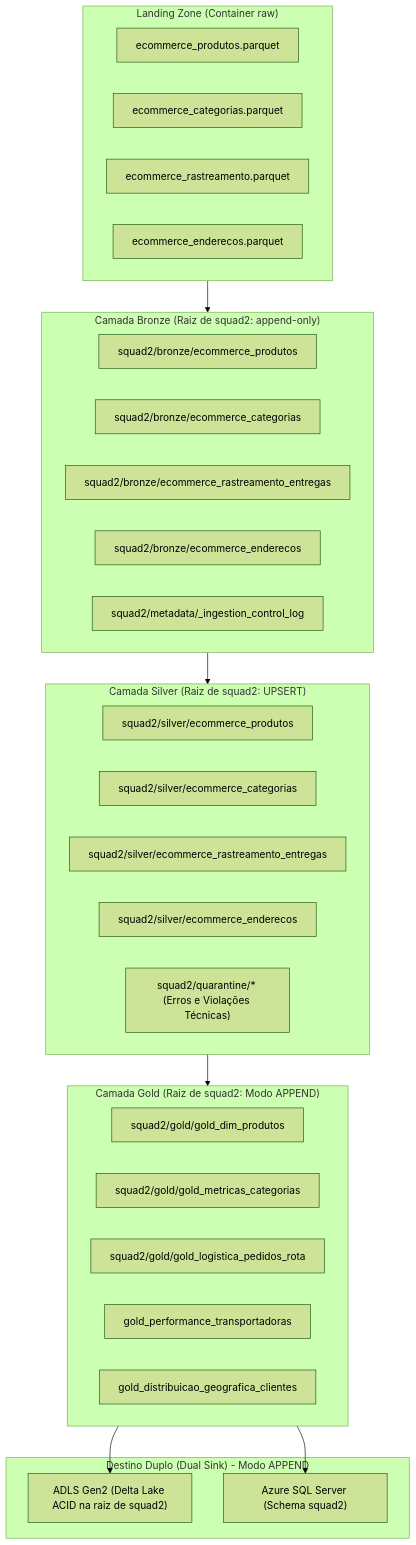
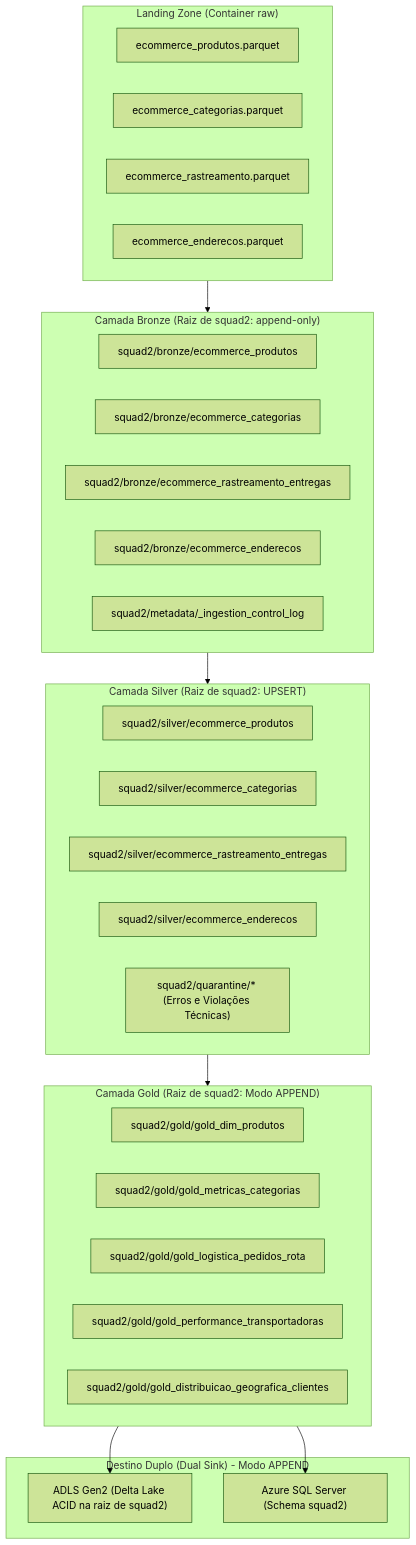
One commit to GeovanyADCancio/estagio-empregadados-turma-2 changed the first of 2 diagrams in squad2/README.md. Above: the diagram before and after it, drawn with Mermaid (forest theme). The commit also changed other lines of this file and 1 other file, not shown here.

Commit message:
docs(squad2): atualizar READMEs com diagrama e resumo executivo da Esteira Medallion

````diff
--- a/squad2/README.md
+++ b/squad2/README.md
@@ -33,44 +33,44 @@
 ```mermaid
 flowchart TD
     subgraph RAW ["Landing Zone (Container raw)"]
         R1["ecommerce_produtos.parquet"]
         R2["ecommerce_categorias.parquet"]
         R3["ecommerce_rastreamento.parquet"]
         R4["ecommerce_enderecos.parquet"]
     end
 
     subgraph BRONZE ["Camada Bronze (Raiz de squad2: append-only)"]
         B1["squad2/bronze/ecommerce_produtos"]
         B2["squad2/bronze/ecommerce_categorias"]
         B3["squad2/bronze/ecommerce_rastreamento_entregas"]
         B4["squad2/bronze/ecommerce_enderecos"]
         B_CTRL["squad2/metadata/_ingestion_control_log"]
     end
 
     subgraph SILVER ["Camada Silver (Raiz de squad2: UPSERT)"]
         S1["squad2/silver/ecommerce_produtos"]
         S2["squad2/silver/ecommerce_categorias"]
         S3["squad2/silver/ecommerce_rastreamento_entregas"]
         S4["squad2/silver/ecommerce_enderecos"]
         Q["squad2/quarantine/* (Erros e Violações Técnicas)"]
     end
 
     subgraph GOLD ["Camada Gold (Raiz de squad2: Modo APPEND)"]
         G1["squad2/gold/gold_dim_produtos"]
         G2["squad2/gold/gold_metricas_categorias"]
         G3["squad2/gold/gold_logistica_pedidos_rota"]
-        G4["gold_performance_transportadoras"]
-        G5["gold_distribuicao_geografica_clientes"]
+        G4["squad2/gold/gold_performance_transportadoras"]
+        G5["squad2/gold/gold_distribuicao_geografica_clientes"]
     end
 
     subgraph DESTINOS ["Destino Duplo (Dual Sink) - Modo APPEND"]
         D_LAKE["ADLS Gen2 (Delta Lake ACID na raiz de squad2)"]
         D_SQL["Azure SQL Server (Schema squad2)"]
     end
 
     RAW --> BRONZE
     BRONZE --> SILVER
     SILVER --> GOLD
     GOLD --> D_LAKE
     GOLD --> D_SQL
 ```
````
